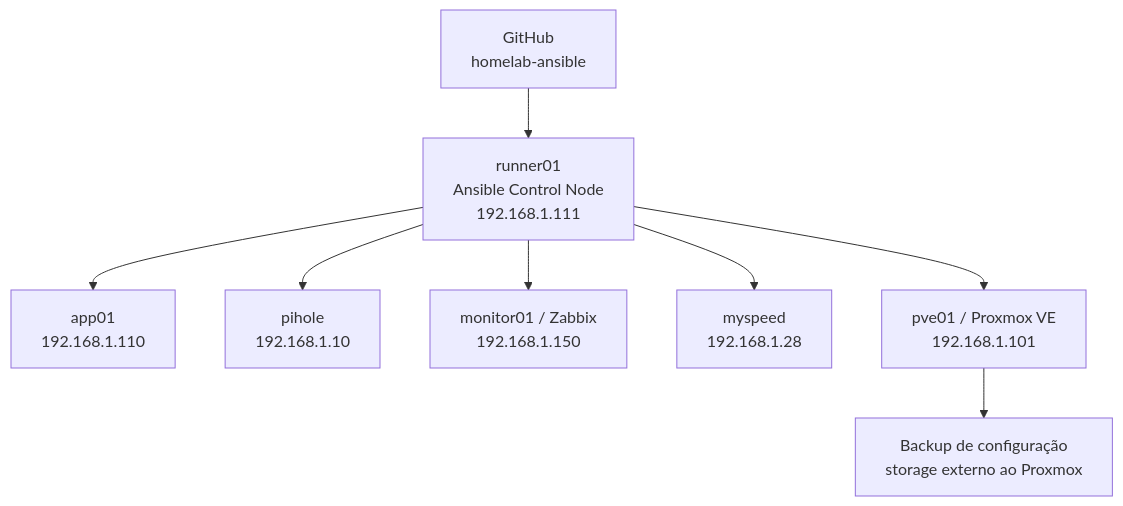
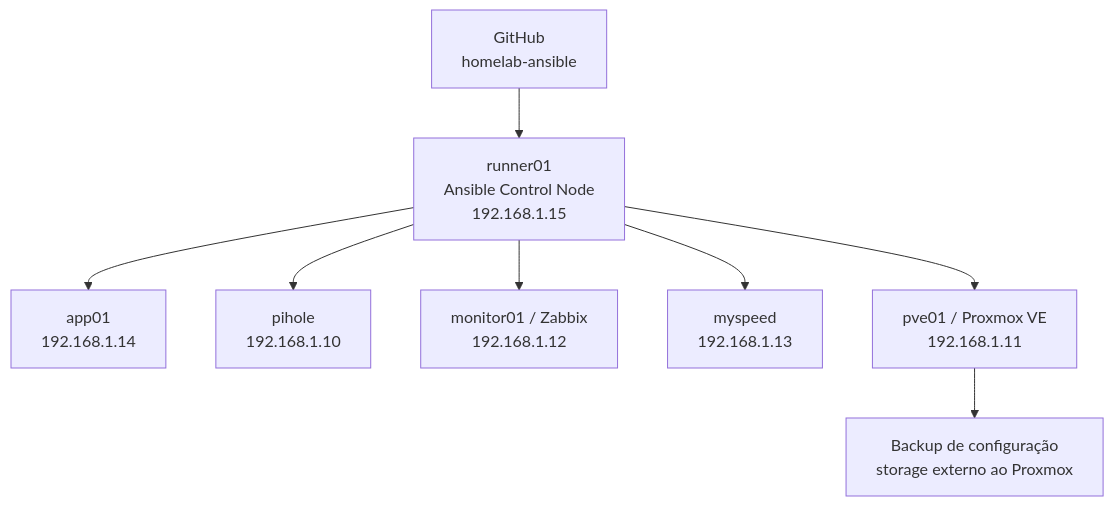
Before and after one commit to lucasgonella/homelab-ansible: the diagram in README.md, drawn with Mermaid. The commit also changed other lines of this file and 4 other files, not shown here.

````diff
--- a/README.md
+++ b/README.md
@@ -11,12 +11,12 @@
 ```mermaid
 flowchart TD
-    GH[GitHub\nhomelab-ansible] --> R[runner01\nAnsible Control Node\n192.168.1.111]
+    GH[GitHub\nhomelab-ansible] --> R[runner01\nAnsible Control Node\n192.168.1.15]
 
-    R --> A[app01\n192.168.1.110]
+    R --> A[app01\n192.168.1.14]
     R --> P[pihole\n192.168.1.10]
-    R --> M[monitor01 / Zabbix\n192.168.1.150]
-    R --> S[myspeed\n192.168.1.28]
-    R --> PV[pve01 / Proxmox VE\n192.168.1.101]
+    R --> M[monitor01 / Zabbix\n192.168.1.12]
+    R --> S[myspeed\n192.168.1.13]
+    R --> PV[pve01 / Proxmox VE\n192.168.1.11]
 
     PV --> B[Backup de configuração\nstorage externo ao Proxmox]
 ```
````
